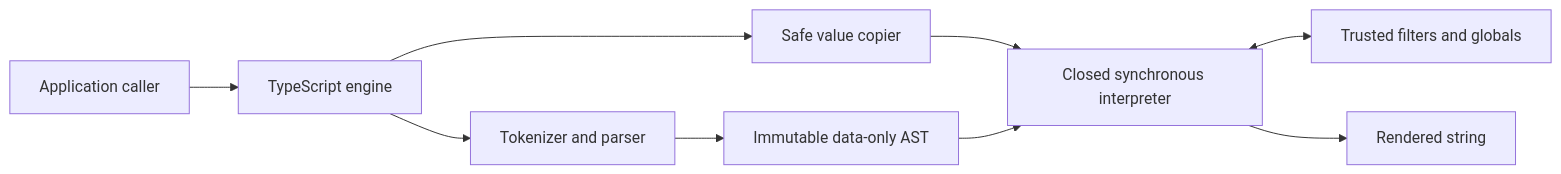
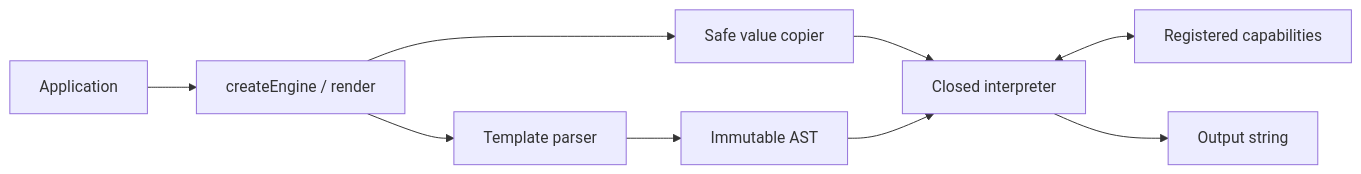
Before and after one commit to Rugvip/nunjitsu: the diagram in docs/architecture.md, drawn with Mermaid. The commit also changed other lines of this file and 9 other files, not shown here.

````diff
--- a/docs/architecture.md
+++ b/docs/architecture.md
@@ -22,11 +13,11 @@
 ```mermaid
 flowchart LR
-    A["Application caller"] --> B["TypeScript engine"]
+    A["Application"] --> B["createEngine / render"]
     B --> C["Safe value copier"]
-    B --> D["Tokenizer and parser"]
-    D --> E["Immutable data-only AST"]
-    C --> F["Closed synchronous interpreter"]
+    B --> D["Template parser"]
+    D --> E["Immutable AST"]
+    C --> F["Closed interpreter"]
     E --> F
-    F <--> G["Trusted filters and globals"]
-    F --> H["Rendered string"]
+    F <--> G["Registered capabilities"]
+    F --> H["Output string"]
 ```
````
